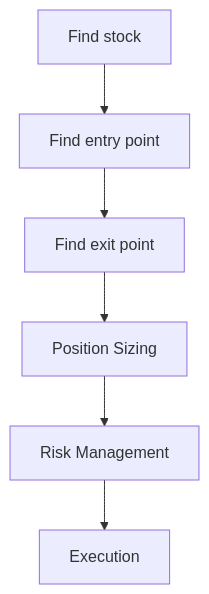
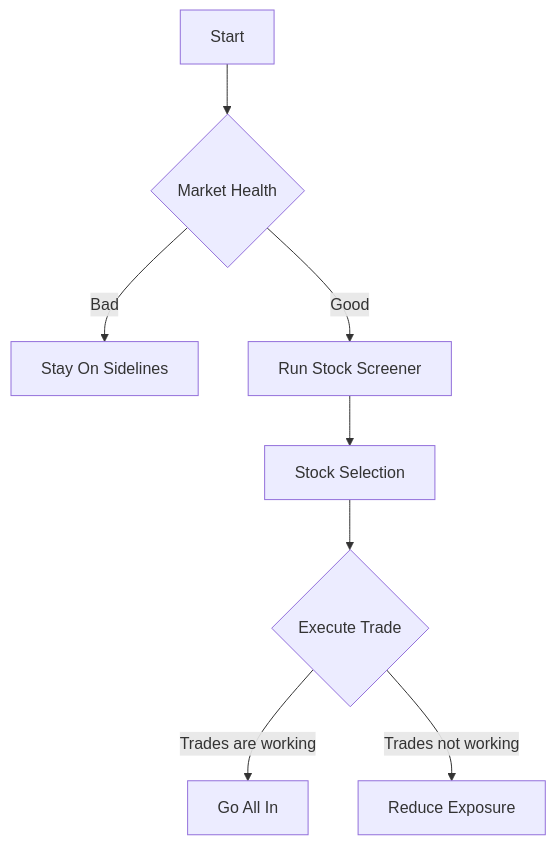
Before and after one commit to NodesAutomations/Trade: the diagram in docs/Trading Process/index.md, drawn with Mermaid.

Commit message:
Trading Process mermaid diagram is now working

````diff
--- a/docs/Trading Process/index.md
+++ b/docs/Trading Process/index.md
@@ -8,8 +8,10 @@
 ```mermaid
 graph TD
-    A[Find stock] --> B[Find entry point]
-    B --> C[Find exit point]
-    C --> D[Position Sizing]
-    D --> E[Risk Management]
-    E --> F[Execution]
+    Start --> MH{Market Health}
+    MH --Bad--> StayOnSideLine[Stay On Sidelines]
+    MH --Good--> StockScreener[Run Stock Screener]
+    StockScreener --> StockSelection[Stock Selection]
+    StockSelection--> ExecuteTrade{Execute Trade}
+    ExecuteTrade --Trades are working--> PositionSizing[Go All In]
+    ExecuteTrade --Trades not working--> ReduceExposure[Reduce Exposure]
 ```
````
